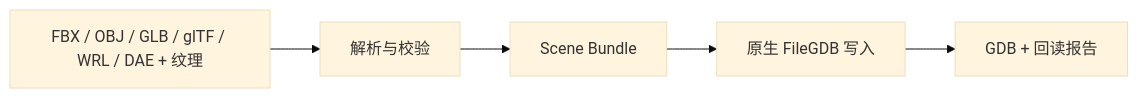
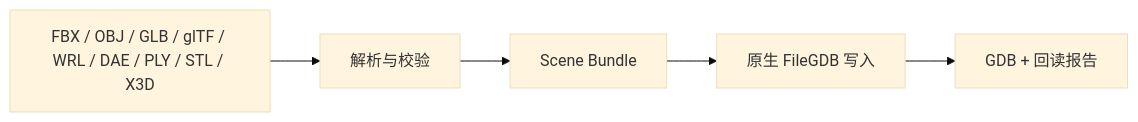
One commit to jasper-gis/GeoModelBridge changed the diagram in README.md. Above: the diagram before and after it, drawn with Mermaid (base theme). The commit also changed other lines of this file and 82 other files, not shown here.

Commit message:
Add PLY STL and X3D readers with verified native conversion

````diff
--- a/README.md
+++ b/README.md
@@ -39,7 +41,7 @@
 ```mermaid
 flowchart LR
-    A[FBX / OBJ / GLB / glTF / WRL / DAE + 纹理] --> B[解析与校验]
+    A[FBX / OBJ / GLB / glTF / WRL / DAE / PLY / STL / X3D] --> B[解析与校验]
     B --> C[Scene Bundle]
     C --> D[原生 FileGDB 写入]
     D --> E[GDB + 回读报告]
 ```
````
